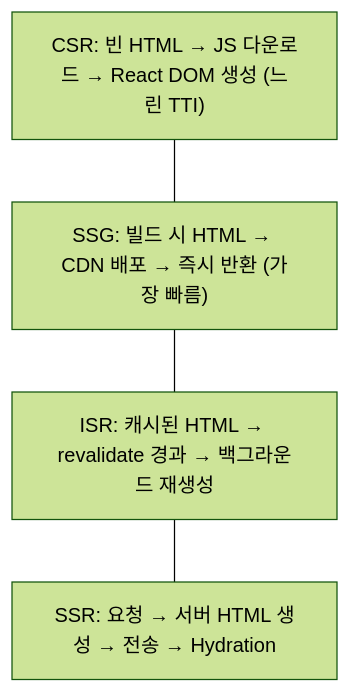
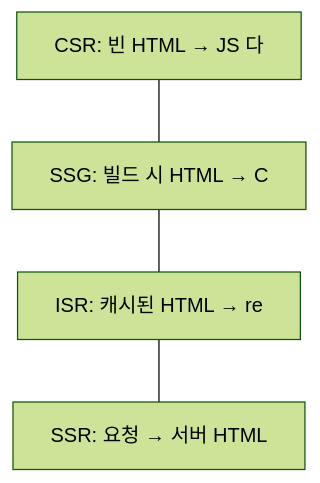
The first of 5 diagrams in _posts/frontend/2026-05-01-nextjs.md (yjkim2015/yjkim2015.github.io), drawn with Mermaid (forest theme) before and after one commit. The commit also changed other lines of this file and 271 other files, not shown here.

First line of the commit message:
Mermaid 라벨 축소: 긴 노드 텍스트 18자 이하로 트림 + \n 제거

````diff
--- a/_posts/frontend/2026-05-01-nextjs.md
+++ b/_posts/frontend/2026-05-01-nextjs.md
@@ -26,10 +26,10 @@
 ```mermaid
 flowchart TD
-    CSR["CSR: 빈 HTML → JS 다운로드 → React DOM 생성 (느린 TTI)"]
-    SSG["SSG: 빌드 시 HTML → CDN 배포 → 즉시 반환 (가장 빠름)"]
-    ISR["ISR: 캐시된 HTML → revalidate 경과 → 백그라운드 재생성"]
-    SSR["SSR: 요청 → 서버 HTML 생성 → 전송 → Hydration"]
+    CSR["CSR: 빈 HTML → JS 다"]
+    SSG["SSG: 빌드 시 HTML → C"]
+    ISR["ISR: 캐시된 HTML → re"]
+    SSR["SSR: 요청 → 서버 HTML"]
     CSR --- SSG
     SSG --- ISR
     ISR --- SSR
 ```
````
